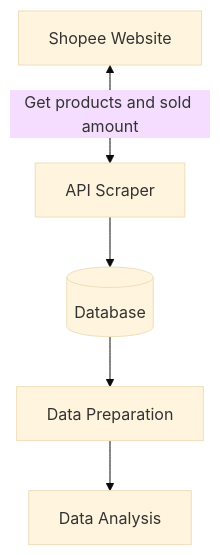
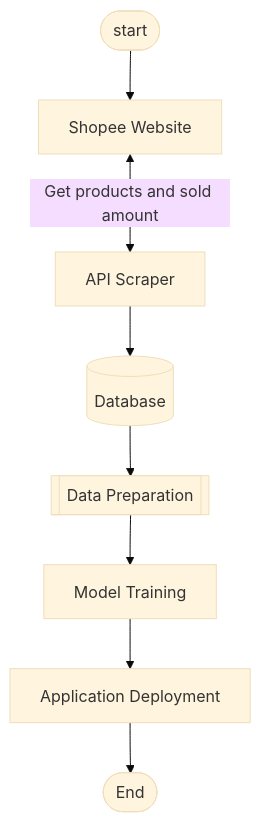
One commit to drshahizan/special-topic-data-engineering changed the first of 2 diagrams in project/proposal/Regex/Proposal_Regex.md. Above: the diagram before and after it, drawn with Mermaid (base theme).

````diff
--- a/project/proposal/Regex/Proposal_Regex.md
+++ b/project/proposal/Regex/Proposal_Regex.md
@@ -137,8 +137,11 @@
 ```mermaid
 
 flowchart TD;
-    id1[Shopee Website] <--Get products and sold amount--> id2[API Scraper]
-    id2[API Scraper] --> id3[(Database)]
-    id3[(Database)] --> id4[Data Preparation]
-    id4[Data Preparation] --> id5[Data Analysis]
+    id1([start])-->id2[Shopee Website]
+    id2[Shopee Website] <--Get products and sold amount--> id3[API Scraper]
+    id3[API Scraper] --> id4[(Database)]
+    id4[(Database)] --> id5[[Data Preparation]]
+    id5[[Data Preparation]] --> id6[Model Training]
+    id6[Model Training] --> id7[Application Deployment]
+    id7[Application Deployment] --> id8([End])
 ```
````
